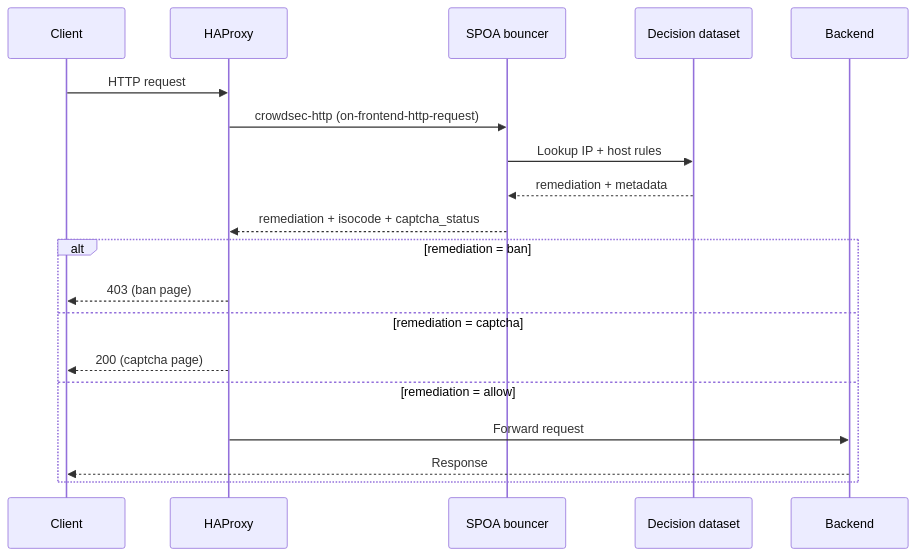
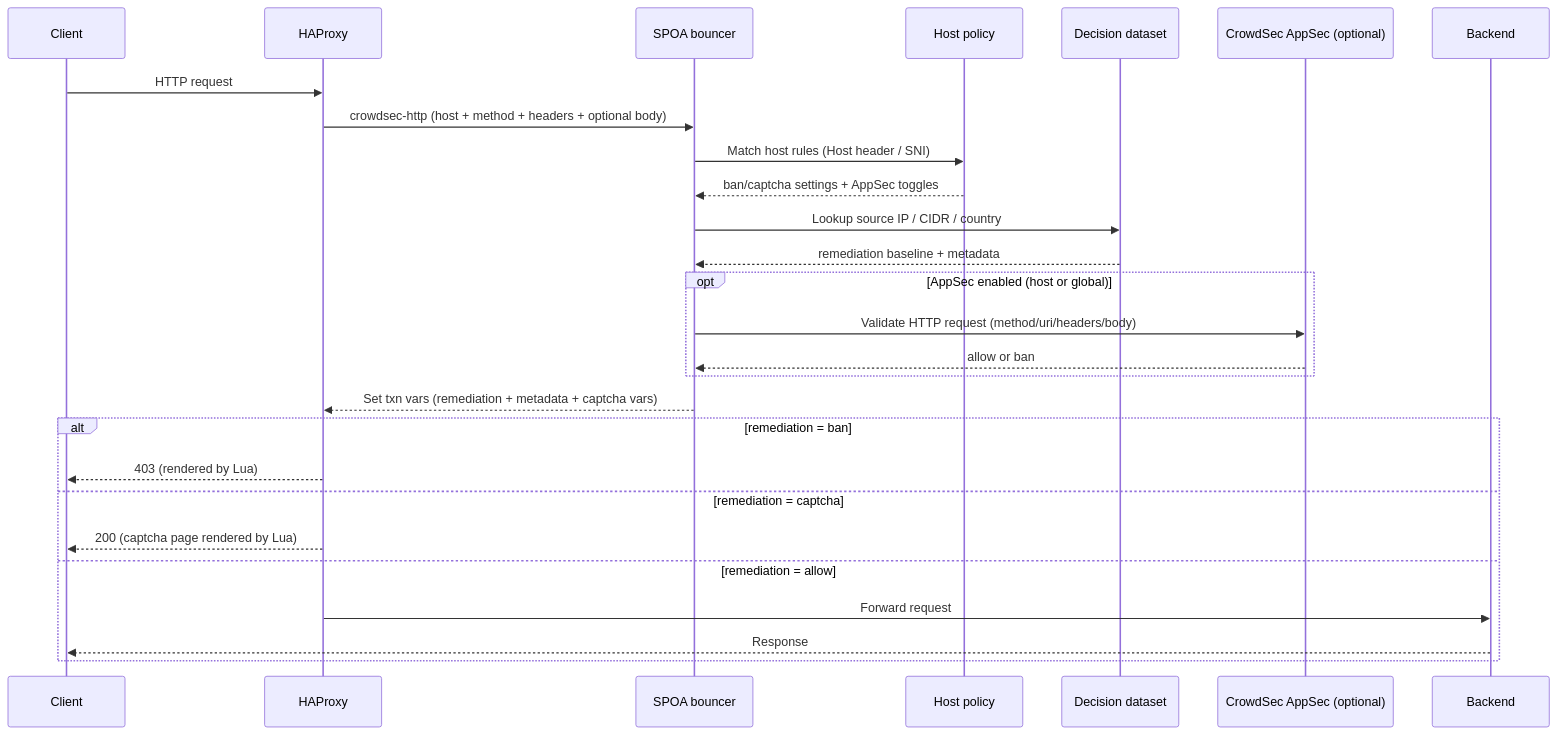
The fourth of 7 diagrams in README.md (crowdsecurity/cs-haproxy-spoa-bouncer), drawn with Mermaid before and after one commit. The commit also changed other lines of this file, not shown here.

Commit message:
docs: improve request flow diagrams

````diff
--- a/README.md
+++ b/README.md
@@ -66,23 +94,33 @@
 ```mermaid
 sequenceDiagram
     participant Client
     participant HAProxy
     participant SPOA as SPOA bouncer
+    participant Policy as Host policy
     participant Dataset as Decision dataset
+    participant AppSec as CrowdSec AppSec (optional)
     participant Backend
 
     Client->>HAProxy: HTTP request
-    HAProxy->>SPOA: crowdsec-http (on-frontend-http-request)
-    SPOA->>Dataset: Lookup IP + host rules
-    Dataset-->>SPOA: remediation + metadata
-    SPOA-->>HAProxy: remediation + isocode + captcha_status
+    HAProxy->>SPOA: crowdsec-http (host + method + headers + optional body)
+    SPOA->>Policy: Match host rules (Host header / SNI)
+    Policy-->>SPOA: ban/captcha settings + AppSec toggles
+    SPOA->>Dataset: Lookup source IP / CIDR / country
+    Dataset-->>SPOA: remediation baseline + metadata
+
+    opt AppSec enabled (host or global)
+        SPOA->>AppSec: Validate HTTP request (method/uri/headers/body)
+        AppSec-->>SPOA: allow or ban
+    end
+
+    SPOA-->>HAProxy: Set txn vars (remediation + metadata + captcha vars)
 
     alt remediation = ban
-        HAProxy-->>Client: 403 (ban page)
+        HAProxy-->>Client: 403 (rendered by Lua)
     else remediation = captcha
-        HAProxy-->>Client: 200 (captcha page)
+        HAProxy-->>Client: 200 (captcha page rendered by Lua)
     else remediation = allow
         HAProxy->>Backend: Forward request
         Backend-->>Client: Response
     end
 ```
````
